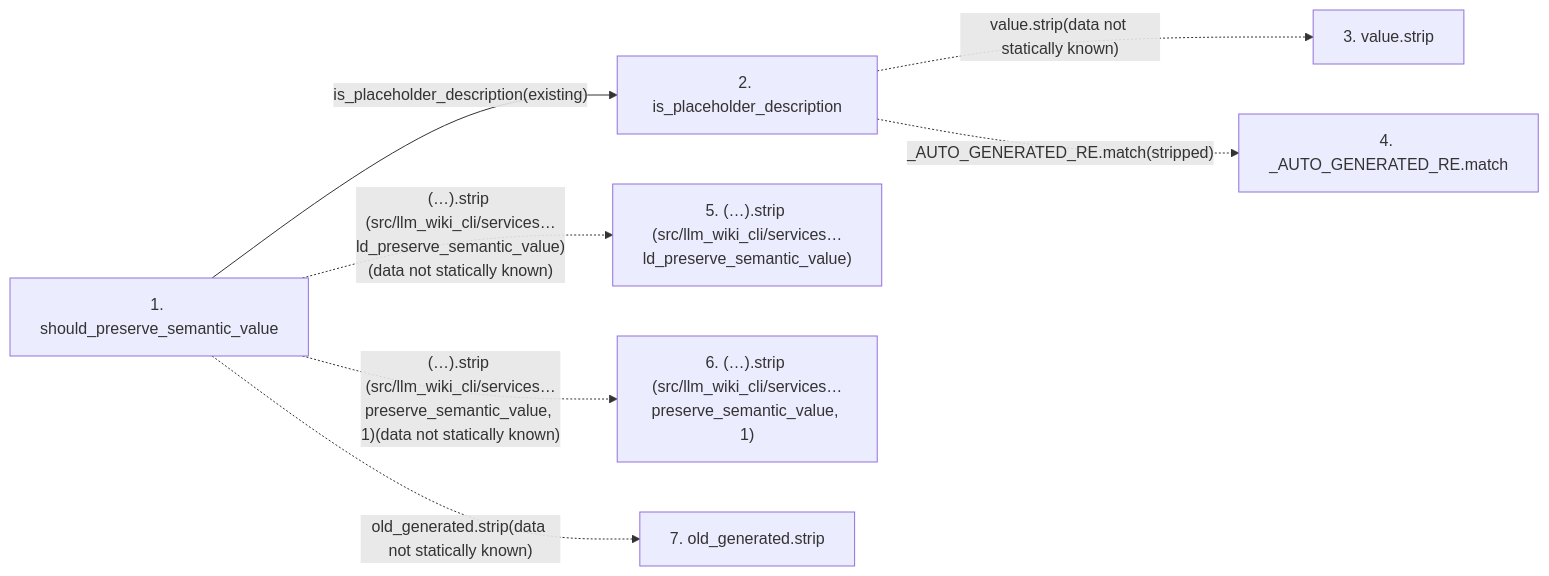
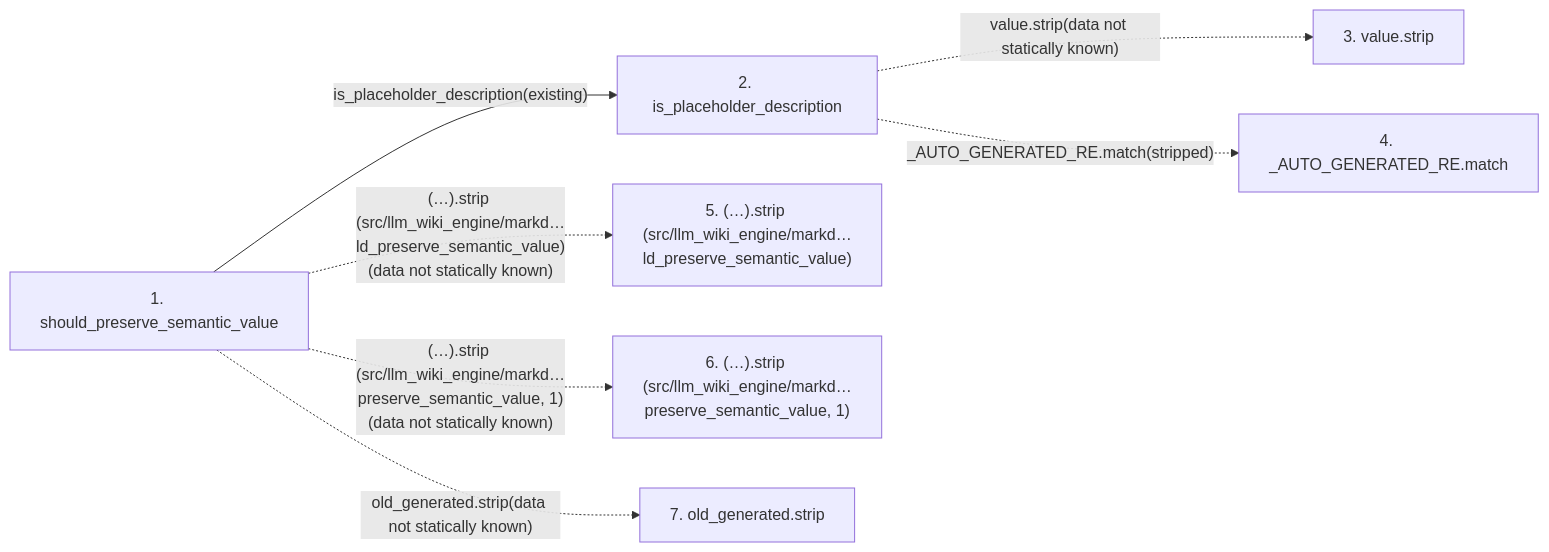
One commit to Denissvgn/python-wiki-llm changed the second of 2 diagrams in docs/llm_wiki/flows/api-should_preserve_semantic_value.md. Above: the diagram before and after it, drawn with Mermaid. The commit also changed other lines of this file and 1103 other files, not shown here.

First line of the commit message:
docs: refresh the wiki for the llm-wiki-engine distribution

````diff
--- a/docs/llm_wiki/flows/api-should_preserve_semantic_value.md
+++ b/docs/llm_wiki/flows/api-should_preserve_semantic_value.md
@@ -46,18 +46,18 @@
 ```mermaid
 flowchart LR
     s1["1. should_preserve_semantic_value"]
     s2["2. is_placeholder_description"]
     s3["3. value.strip"]
     s4["4. _AUTO_GENERATED_RE.match"]
-    s5["5. (…).strip (src/llm_wiki_cli/services…ld_preserve_semantic_value)"]
-    s6["6. (…).strip (src/llm_wiki_cli/services…preserve_semantic_value, 1)"]
+    s5["5. (…).strip (src/llm_wiki_engine/markd…ld_preserve_semantic_value)"]
+    s6["6. (…).strip (src/llm_wiki_engine/markd…preserve_semantic_value, 1)"]
     s7["7. old_generated.strip"]
     s1 -->|"is_placeholder_description(existing)"| s2
     s2 -. "value.strip(data not statically known)" .-> s3
     s2 -. "_AUTO_GENERATED_RE.match(stripped)" .-> s4
-    s1 -. "(…).strip (src/llm_wiki_cli/services…ld_preserve_semantic_value)(data not statically known)" .-> s5
-    s1 -. "(…).strip (src/llm_wiki_cli/services…preserve_semantic_value, 1)(data not statically known)" .-> s6
+    s1 -. "(…).strip (src/llm_wiki_engine/markd…ld_preserve_semantic_value)(data not statically known)" .-> s5
+    s1 -. "(…).strip (src/llm_wiki_engine/markd…preserve_semantic_value, 1)(data not statically known)" .-> s6
     s1 -. "old_generated.strip(data not statically known)" .-> s7
     click s1 "../modules/markdown_sections.md"
     click s2 "../modules/markdown_sections.md"
 ```
````
